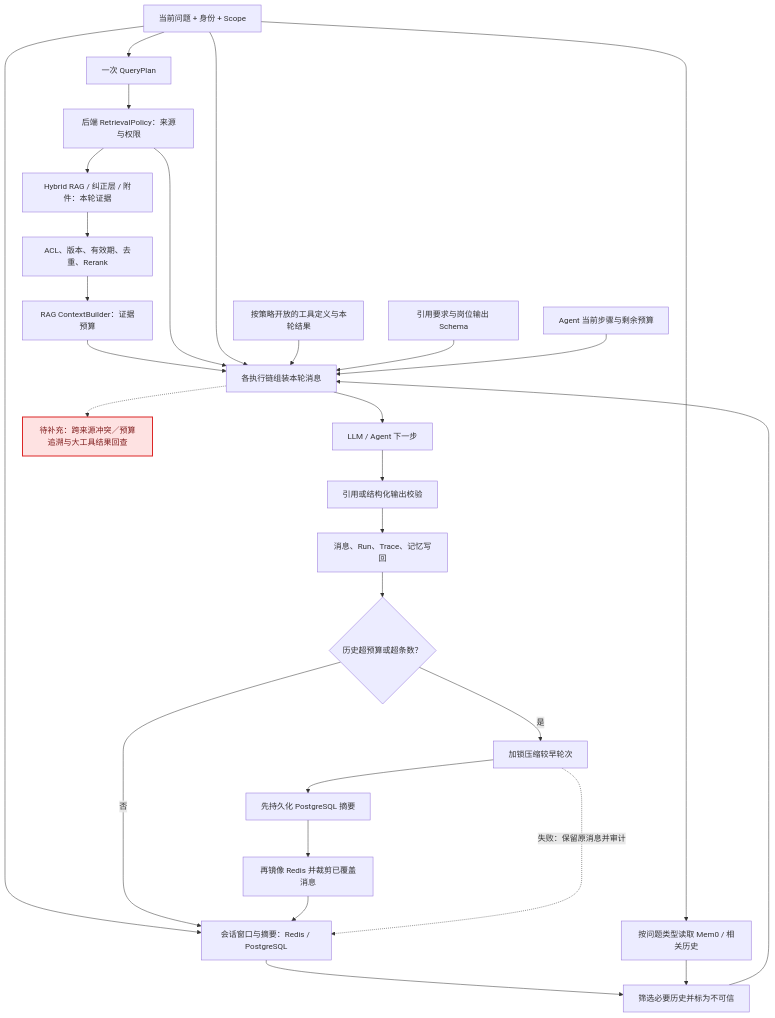
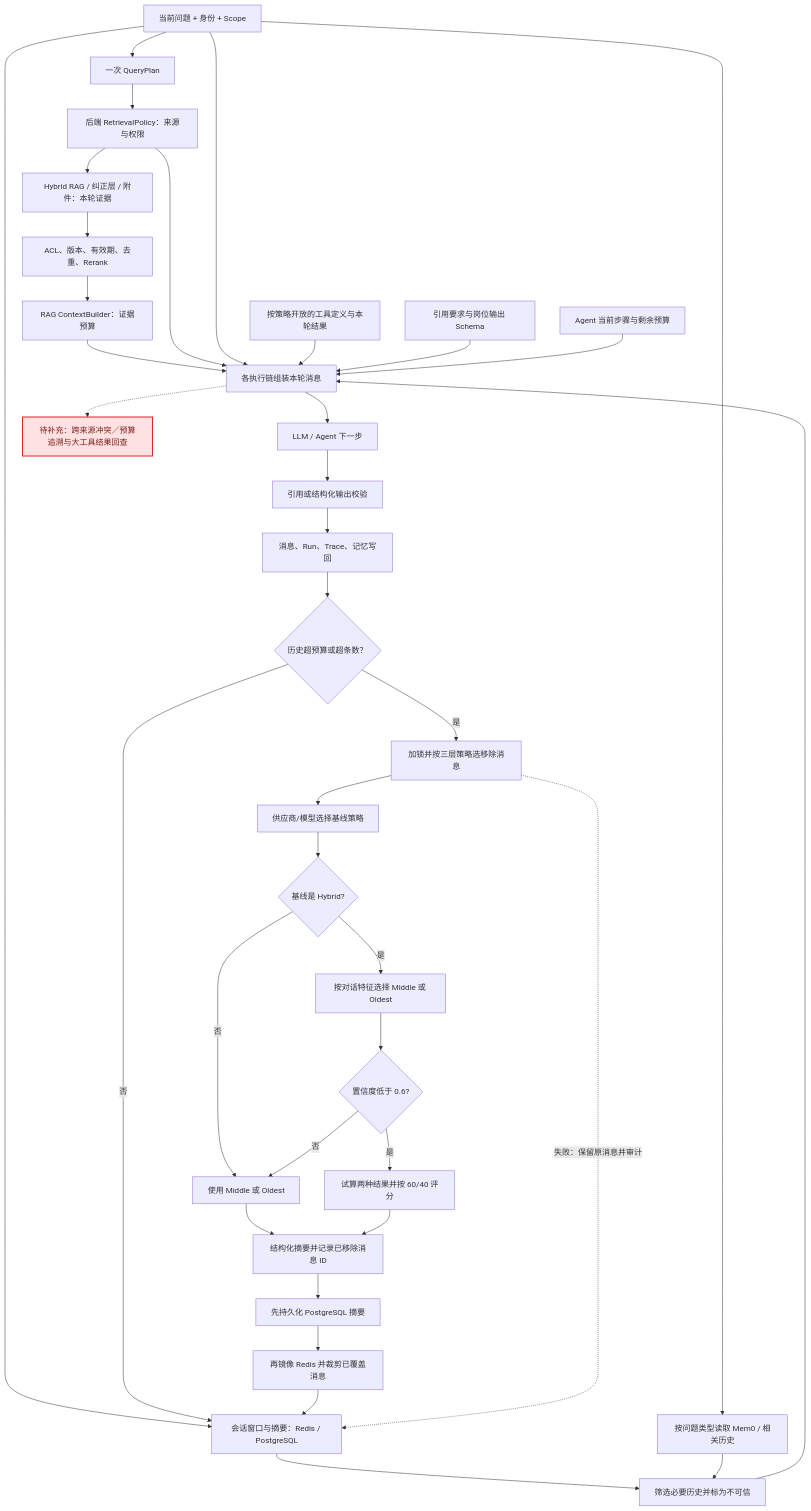
Before and after one commit to monstereatai/RAG: the sixth of 15 diagrams in docs/interview/功能步骤流程.md, drawn with Mermaid. The commit also changed other lines of this file and 131 other files, not shown here.

````diff
--- a/docs/interview/功能步骤流程.md
+++ b/docs/interview/功能步骤流程.md
@@ -235,32 +235,41 @@
 ```mermaid
 flowchart TB
   Q[当前问题 + 身份 + Scope] --> Plan[一次 QueryPlan]
   Plan --> Policy[后端 RetrievalPolicy：来源与权限]
   Q --> History[会话窗口与摘要：Redis / PostgreSQL]
   Q --> Memory[按问题类型读取 Mem0 / 相关历史]
   Policy --> Evidence[Hybrid RAG / 纠正层 / 附件：本轮证据]
   Evidence --> Filter[ACL、版本、有效期、去重、Rerank]
   History --> Select[筛选必要历史并标为不可信]
   Memory --> Select
   Filter --> Budget[RAG ContextBuilder：证据预算]
   Select --> Assemble[各执行链组装本轮消息]
   Budget --> Assemble
   Policy --> Assemble
   Q --> Assemble
   Tools[按策略开放的工具定义与本轮结果] --> Assemble
   Contract[引用要求与岗位输出 Schema] --> Assemble
   Step[Agent 当前步骤与剩余预算] --> Assemble
   Assemble --> Model[LLM / Agent 下一步]
   Model --> Gate[引用或结构化输出校验]
   Gate --> Save[消息、Run、Trace、记忆写回]
   Save --> CompactGate{历史超预算或超条数？}
   CompactGate -->|否| History
-  CompactGate -->|是| Compact[加锁压缩较早轮次]
-  Compact --> PGSummary[先持久化 PostgreSQL 摘要]
+  CompactGate -->|是| Compact[加锁并按三层策略选移除消息]
+  Compact --> ProviderStrategy[供应商/模型选择基线策略]
+  ProviderStrategy --> HybridGate{基线是 Hybrid?}
+  HybridGate -->|否| SelectedStrategy[使用 Middle 或 Oldest]
+  HybridGate -->|是| FeatureStrategy[按对话特征选择 Middle 或 Oldest]
+  FeatureStrategy --> Confidence{置信度低于 0.6?}
+  Confidence -->|否| SelectedStrategy
+  Confidence -->|是| Adaptive[试算两种结果并按 60/40 评分]
+  SelectedStrategy --> Summarize[结构化摘要并记录已移除消息 ID]
+  Adaptive --> Summarize
+  Summarize --> PGSummary[先持久化 PostgreSQL 摘要]
   PGSummary --> RedisSummary[再镜像 Redis 并裁剪已覆盖消息]
   RedisSummary --> History
   Compact -. 失败：保留原消息并审计 .-> History
   Assemble -.-> Gap[待补充：跨来源冲突／预算追溯与大工具结果回查]
   classDef pending fill:#fee2e2,stroke:#dc2626,color:#7f1d1d,stroke-width:2px
   class Gap pending
 ```
````
